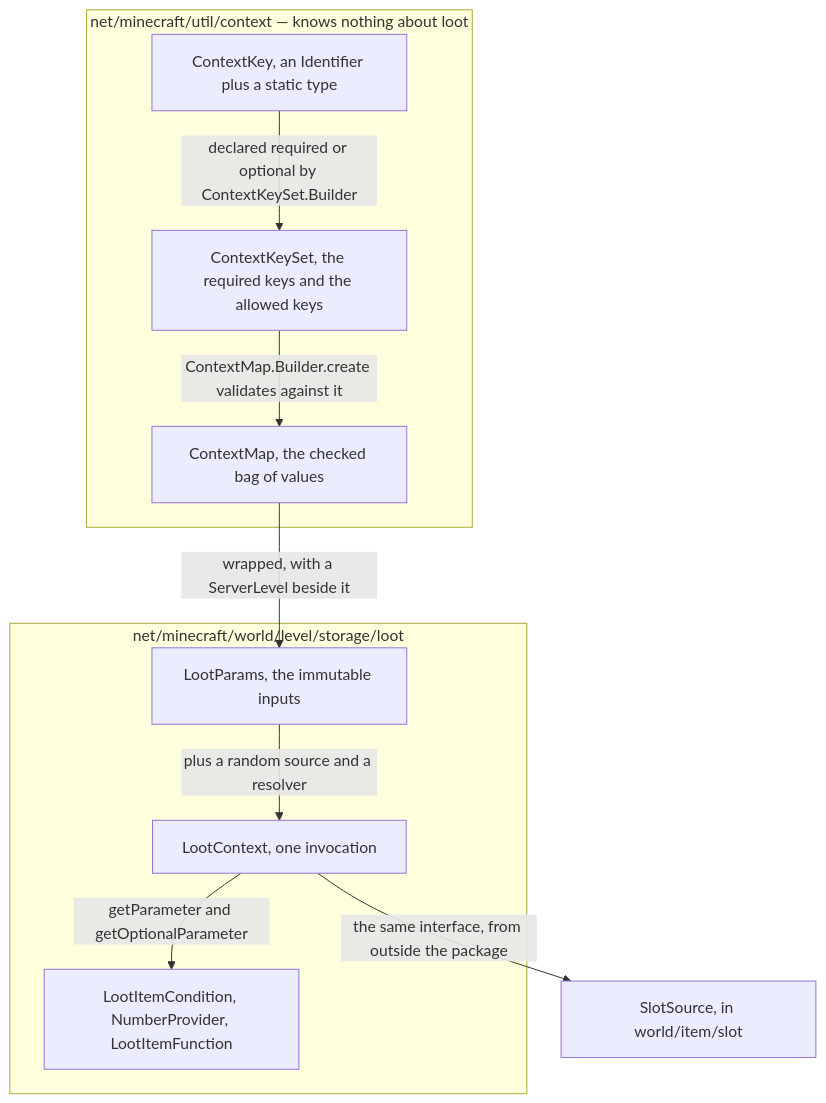
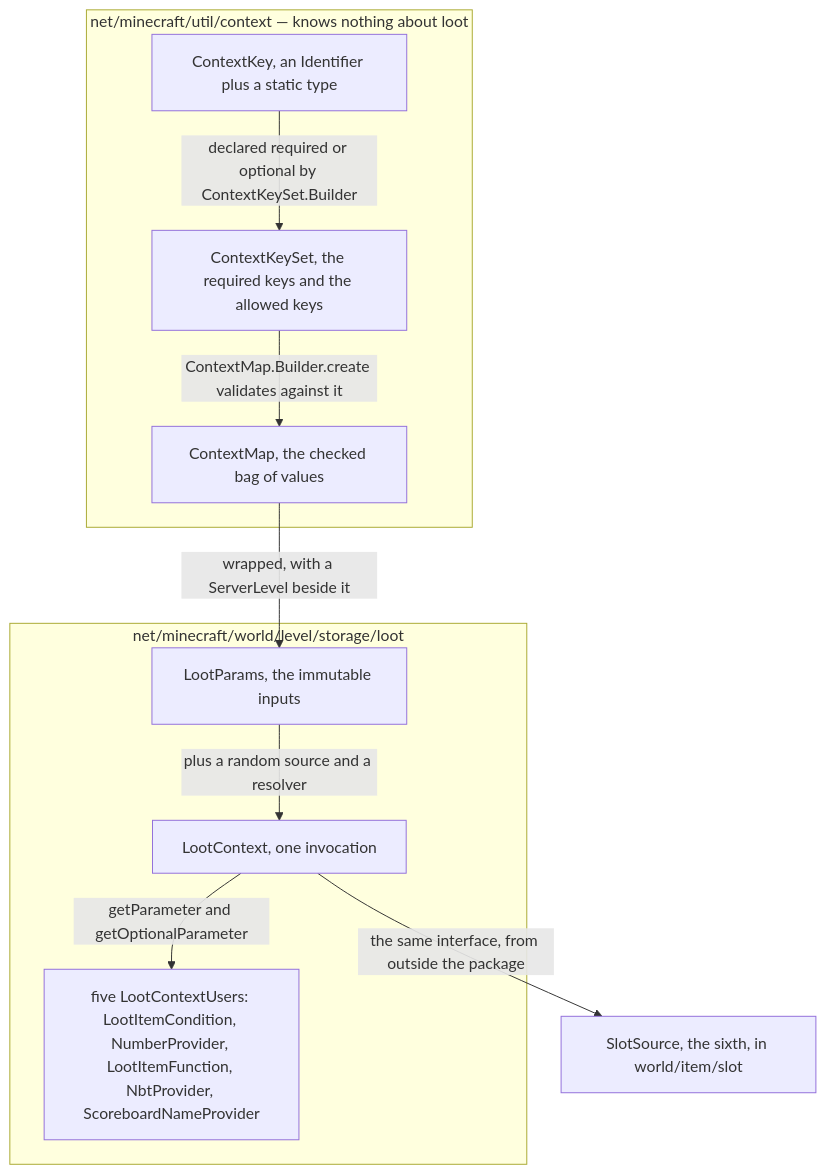
One commit to AlexanderjFraser/MinecraftDocs changed the first of 2 diagrams in src/systems/items/contexts-and-predicates.md. Above: the diagram before and after it, drawn with Mermaid. The commit also changed other lines of this file and 13 other files, not shown here.

````diff
--- a/src/systems/items/contexts-and-predicates.md
+++ b/src/systems/items/contexts-and-predicates.md
@@ -20,20 +21,20 @@
 ```mermaid
 flowchart TD
     subgraph U["net/minecraft/util/context — knows nothing about loot"]
         CK["ContextKey, an Identifier plus a static type"]
         CKS["ContextKeySet, the required keys and the allowed keys"]
         CMap["ContextMap, the checked bag of values"]
     end
     subgraph L["net/minecraft/world/level/storage/loot"]
         LPar["LootParams, the immutable inputs"]
         LCtx["LootContext, one invocation"]
-        Users["LootItemCondition, NumberProvider, LootItemFunction"]
+        Users["five LootContextUsers: LootItemCondition, NumberProvider, LootItemFunction, NbtProvider, ScoreboardNameProvider"]
     end
-    Slot["SlotSource, in world/item/slot"]
+    Slot["SlotSource, the sixth, in world/item/slot"]
     CK -->|"declared required or optional by ContextKeySet.Builder"| CKS
     CKS -->|"ContextMap.Builder.create validates against it"| CMap
     CMap -->|"wrapped, with a ServerLevel beside it"| LPar
     LPar -->|"plus a random source and a resolver"| LCtx
     LCtx -->|"getParameter and getOptionalParameter"| Users
     LCtx -->|"the same interface, from outside the package"| Slot
 ```
````
